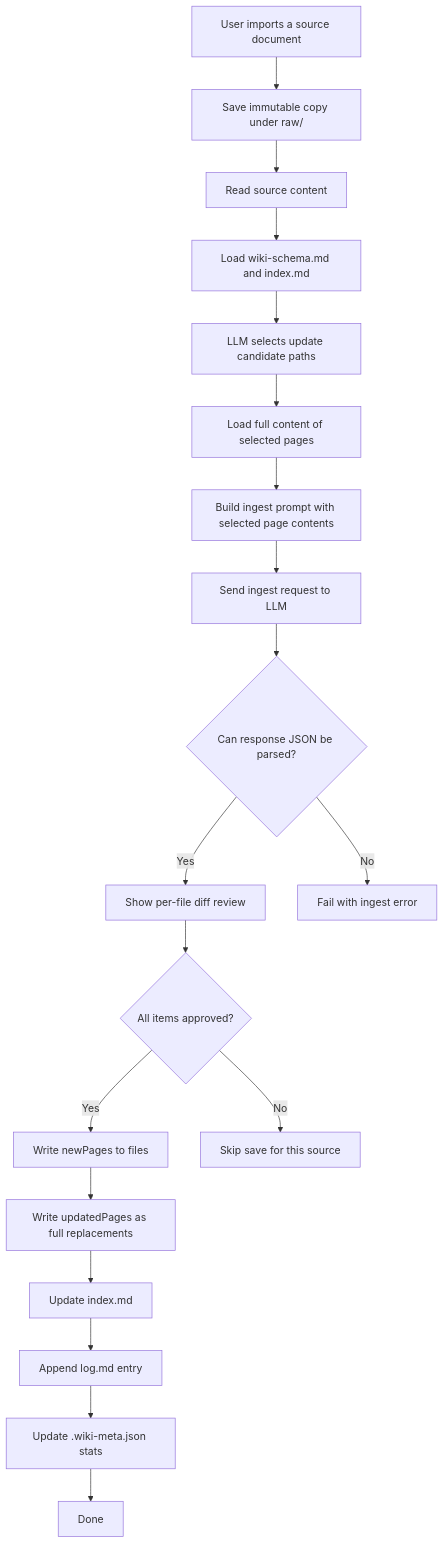
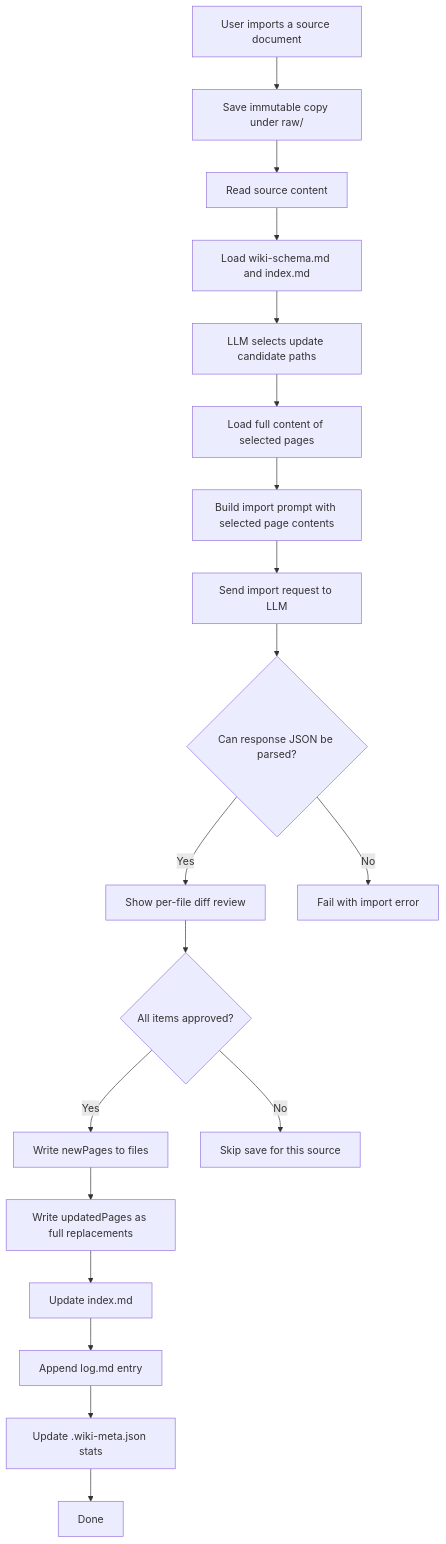
One commit to yt3trees/ProjectCurator changed the second of 2 diagrams in docs/ai-features.md. Above: the diagram before and after it, drawn with Mermaid. The commit also changed other lines of this file and 4 other files, not shown here.

````diff
--- a/docs/ai-features.md
+++ b/docs/ai-features.md
@@ -175,41 +203,41 @@
 ```mermaid
 flowchart TD
     A["User imports a source document"]
     B["Save immutable copy under raw/"]
     C["Read source content"]
     D["Load wiki-schema.md and index.md"]
     E["LLM selects update candidate paths"]
     F["Load full content of selected pages"]
-    G["Build ingest prompt with selected page contents"]
-    H["Send ingest request to LLM"]
+    G["Build import prompt with selected page contents"]
+    H["Send import request to LLM"]
     I{"Can response JSON be parsed?"}
     J["Show per-file diff review"]
     K{"All items approved?"}
     L["Write newPages to files"]
     M["Write updatedPages as full replacements"]
     N["Update index.md"]
     O["Append log.md entry"]
     P["Update .wiki-meta.json stats"]
     Q["Done"]
     R["Skip save for this source"]
-    S["Fail with ingest error"]
+    S["Fail with import error"]
 
     A --> B
     B --> C
     C --> D
     D --> E
     E --> F
     F --> G
     G --> H
     H --> I
     I -->|"Yes"| J
     J --> K
     K -->|"Yes"| L
     L --> M
     M --> N
     N --> O
     O --> P
     P --> Q
     K -->|"No"| R
     I -->|"No"| S
 ```
````
